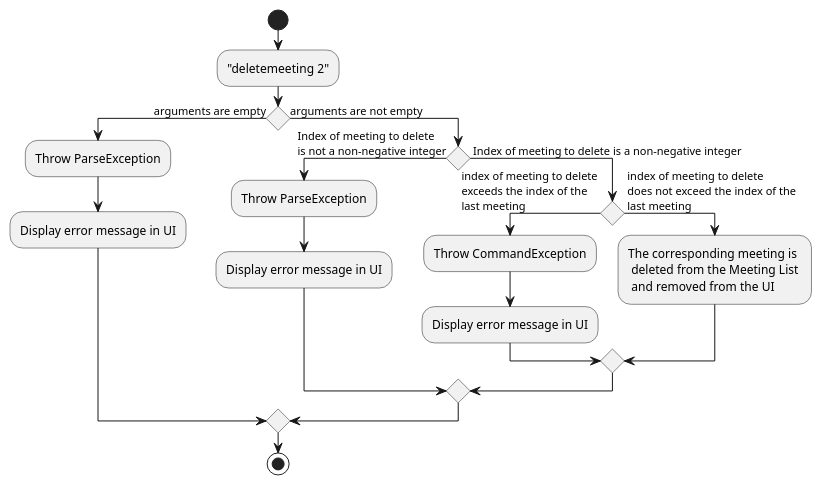
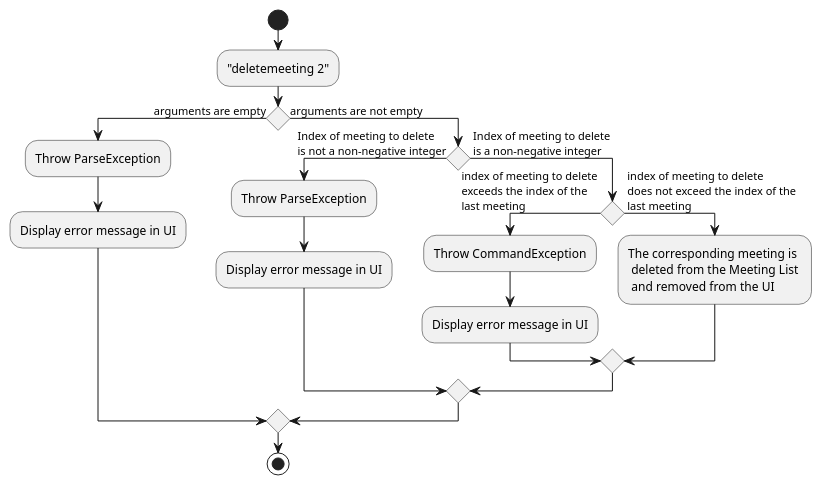
One commit to nus-cs2103-AY2223S1/tp changed the diagram in docs/diagrams/DeleteMeetingActivityDiagram.puml. Above: the diagram before and after it, drawn with PlantUML. The commit also changed 1 other file, not shown here.

```diff
--- a/docs/diagrams/DeleteMeetingActivityDiagram.puml
+++ b/docs/diagrams/DeleteMeetingActivityDiagram.puml
@@ -1,26 +1,26 @@
 @startuml
 'https://plantuml.com/activity-diagram-beta
 
 start
 :"deletemeeting 2";
 
 if () then (arguments are empty)
     :Throw ParseException;
     :Display error message in UI;
 else (arguments are not empty)
     if () then ( Index of meeting to delete \n is not a non-negative integer)
         :Throw ParseException;
         :Display error message in UI;
-    else ( Index of meeting to delete is a non-negative integer)
+    else ( Index of meeting to delete \n is a non-negative integer)
         if () then ( index of meeting to delete \n exceeds the index of the \n last meeting)
             :Throw CommandException;
             :Display error message in UI;
         else ( index of meeting to delete \n does not exceed the index of the \n last meeting)
             :The corresponding meeting is \n deleted from the Meeting List \n and removed from the UI;
         endif
     endif
 endif
 
 stop
 
 @enduml
```
